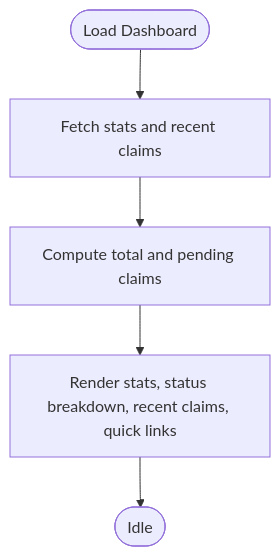
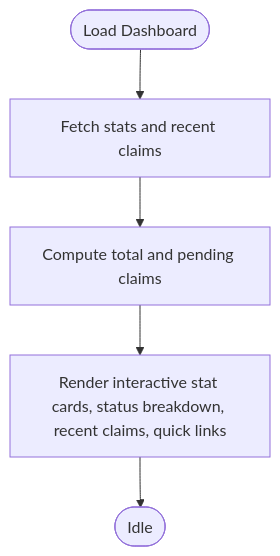
Before and after one commit to NaveenHiranya/Smart-Vehicle-Insurance-Claim-System: the third of 9 diagrams in .qoder/repowiki/en/content/Frontend Documentation/Pages and Views/Admin Pages/Admin Pages.md, drawn with Mermaid. The commit also changed other lines of this file and 45 other files, not shown here.

````diff
--- a/.qoder/repowiki/en/content/Frontend Documentation/Pages and Views/Admin Pages/Admin Pages.md
+++ b/.qoder/repowiki/en/content/Frontend Documentation/Pages and Views/Admin Pages/Admin Pages.md
@@ -137,7 +147,7 @@
 ```mermaid
 flowchart TD
 Start(["Load Dashboard"]) --> Fetch["Fetch stats and recent claims"]
 Fetch --> Compute["Compute total and pending claims"]
-Compute --> Render["Render stats, status breakdown, recent claims, quick links"]
+Compute --> Render["Render interactive stat cards, status breakdown, recent claims, quick links"]
 Render --> End(["Idle"])
 ```
````
